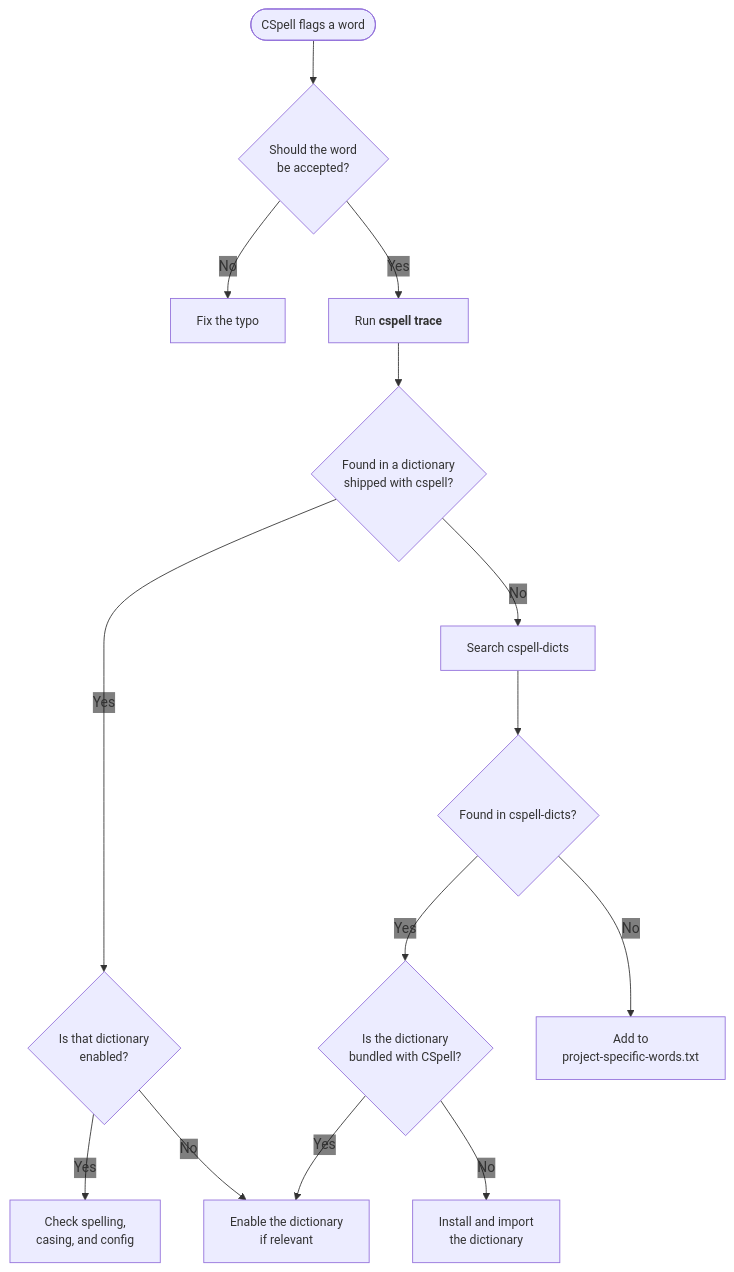
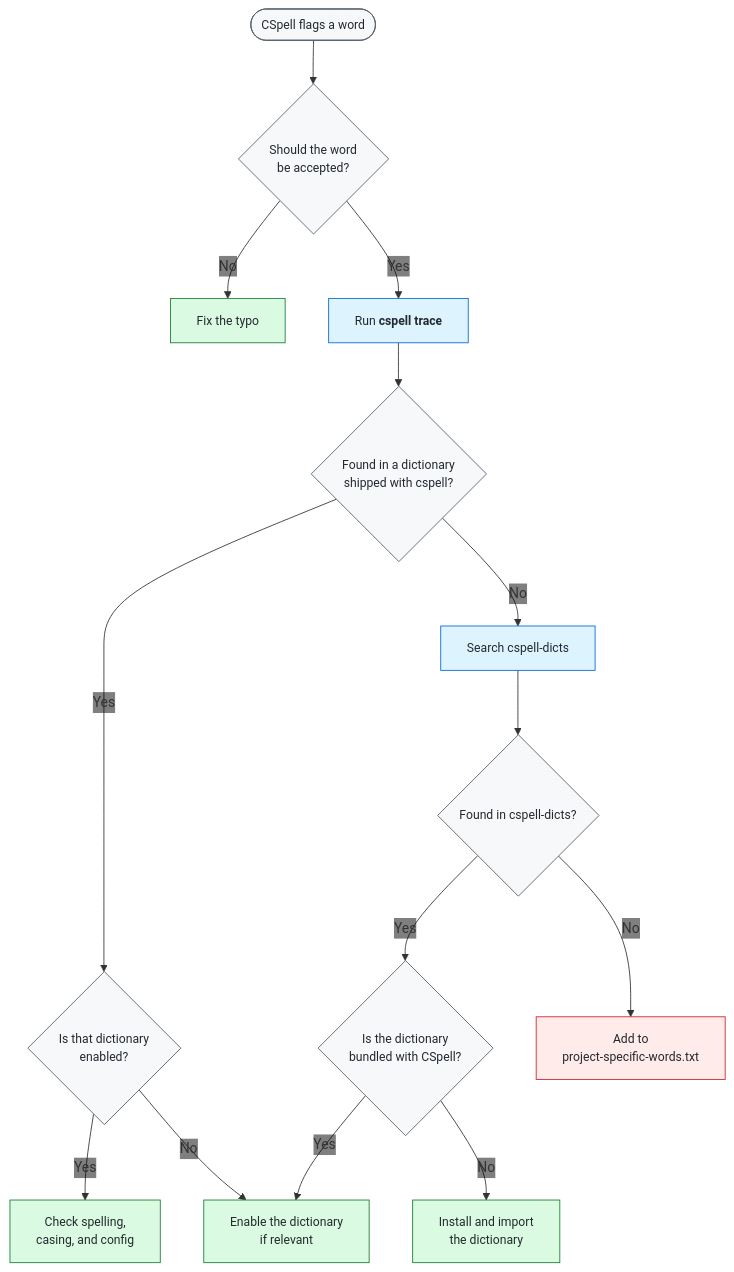
One commit to ScilifelabDataCentre/data-centre-template changed the diagram in .config/cspell/README.md. Above: the diagram before and after it, drawn with Mermaid.

Commit message:
added colors

````diff
--- a/.config/cspell/README.md
+++ b/.config/cspell/README.md
@@ -75,30 +75,37 @@
 ```mermaid
 ---
 config:
   themeVariables:
     edgeLabelBackground: transparent
 ---
 flowchart TD
     A([CSpell flags a word]) --> B{Should the word<br/>be accepted?}
 
     B -->|No| C[Fix the typo]
     B -->|Yes| D["`Run **cspell trace**`"]
 
     D --> E{"`Found in a dictionary<br/>shipped with cspell?`"}
 
     E -->|Yes| F{"`Is that dictionary<br/>enabled?`"}
     F -->|Yes| G[Check spelling,<br/>casing, and config]
     F -->|No| H[Enable the dictionary<br/>if relevant]
 
     E -->|No| I[Search cspell-dicts]
     I --> J{"`Found in cspell-dicts?`"}
 
     J -->|Yes| K{"`Is the dictionary<br/>bundled with CSpell?`"}
     K -->|Yes| H
     K -->|No| L[Install and import<br/>the dictionary]
 
     J -->|No| M[Add to<br/>project-specific-words.txt]
 
-    classDef compact font-size:14px;
-    class A,B,C,D,E,F,G,H,I,J,K,L,M compact;
+    classDef neutral fill:#f6f8fa,stroke:#57606a,color:#24292f,font-size:14px;
+    classDef action fill:#ddf4ff,stroke:#0969da,color:#24292f,font-size:14px;
+    classDef preferred fill:#dafbe1,stroke:#1a7f37,color:#24292f,font-size:14px;
+    classDef fallback fill:#ffebe9,stroke:#cf222e,color:#24292f,font-size:14px;
+
+    class A,B,E,F,J,K neutral; 
+    class D,I action;
+    class C,G,H,L preferred;
+    class M fallback;
 ```
````
